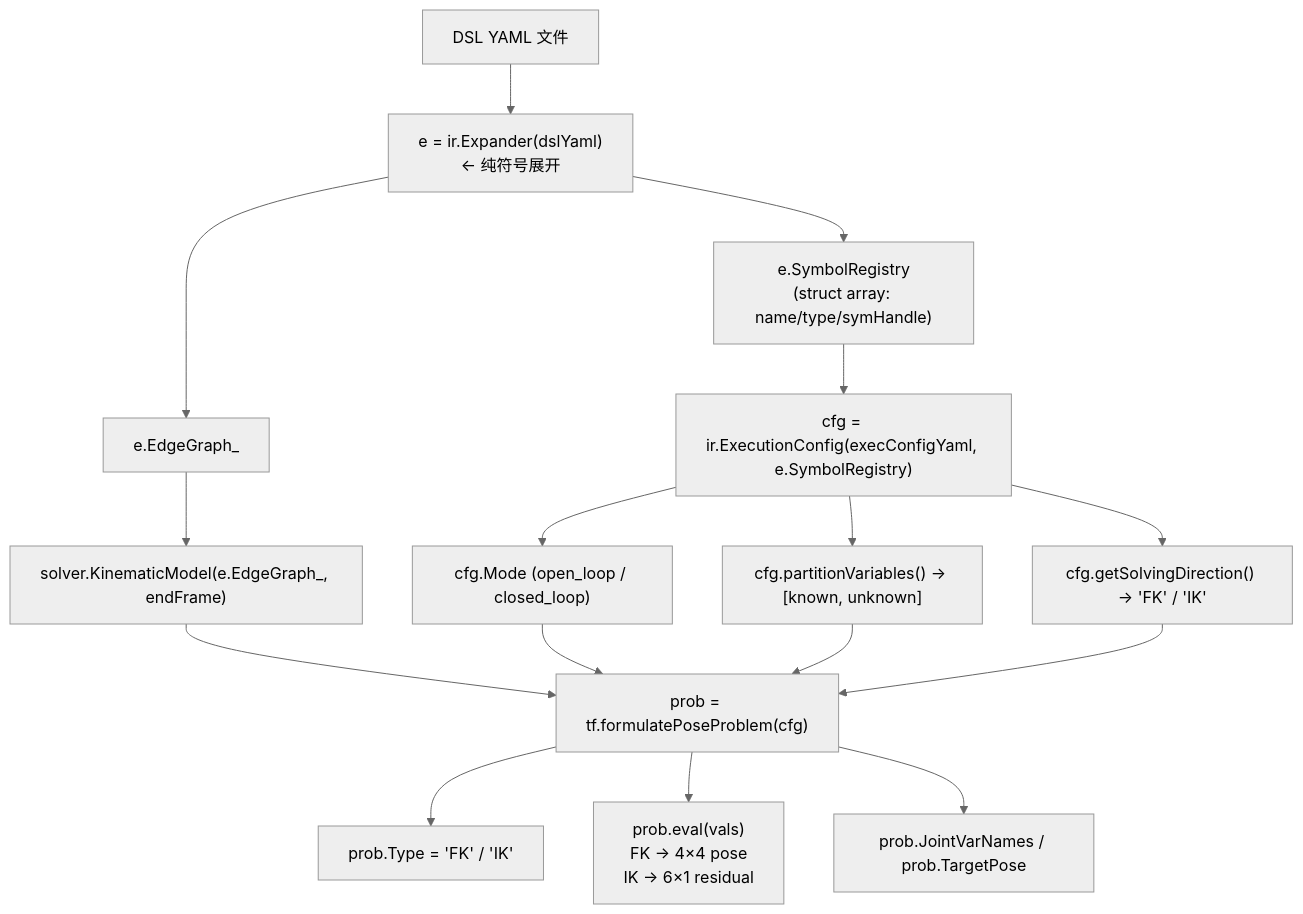
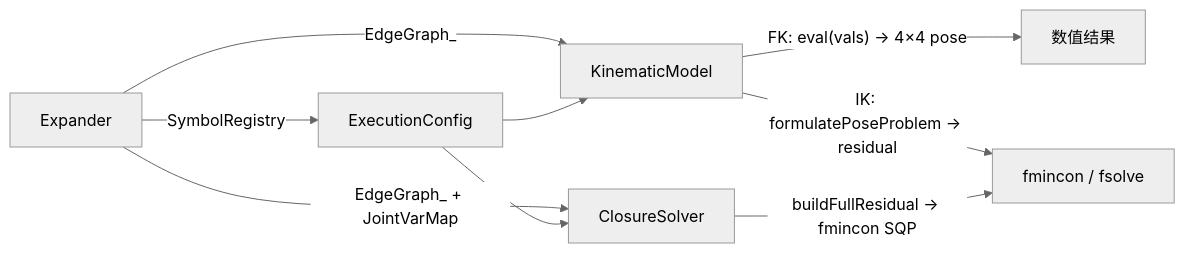
One commit to Axiom117/symbolic-modular-kinematics changed the sixth of 6 diagrams in scripts/matlab/ARCHITECTURE.md. Above: the diagram before and after it, drawn with Mermaid (neutral theme). The commit also changed other lines of this file and 18 other files, not shown here.

````diff
--- a/scripts/matlab/ARCHITECTURE.md
+++ b/scripts/matlab/ARCHITECTURE.md
@@ -226,16 +170,11 @@
 ```mermaid
-flowchart TD
-    A["DSL YAML 文件"] --> B["e = ir.Expander(dslYaml)<br/>← 纯符号展开"]
-    B --> C1["e.SymbolRegistry<br/>(struct array: name/type/symHandle)"]
-    B --> C2["e.EdgeGraph_"]
-    C2 --> D["solver.KinematicModel(e.EdgeGraph_, endFrame)"]
-    C1 --> E["cfg = ir.ExecutionConfig(execConfigYaml, e.SymbolRegistry)"]
-    E --> F1["cfg.Mode (open_loop / closed_loop)"]
-    E --> F2["cfg.partitionVariables() → [known, unknown]"]
-    E --> F3["cfg.getSolvingDirection() → 'FK' / 'IK'"]
-    D --> G["prob = tf.formulatePoseProblem(cfg)"]
-    F1 & F2 & F3 --> G
-    G --> H1["prob.Type = 'FK' / 'IK'"]
-    G --> H2["prob.eval(vals)<br/>FK → 4×4 pose<br/>IK → 6×1 residual"]
-    G --> H3["prob.JointVarNames / prob.TargetPose"]
+flowchart LR
+    A["Expander"] -->|"SymbolRegistry"| B["ExecutionConfig"]
+    A -->|"EdgeGraph_"| C["KinematicModel"]
+    A -->|"EdgeGraph_ + JointVarMap"| D["ClosureSolver"]
+    B --> C
+    B --> D
+    C -->|"FK: eval(vals) → 4×4 pose"| E["数值结果"]
+    C -->|"IK: formulatePoseProblem → residual"| F["fmincon / fsolve"]
+    D -->|"buildFullResidual → fmincon SQP"| F
 ```
````
